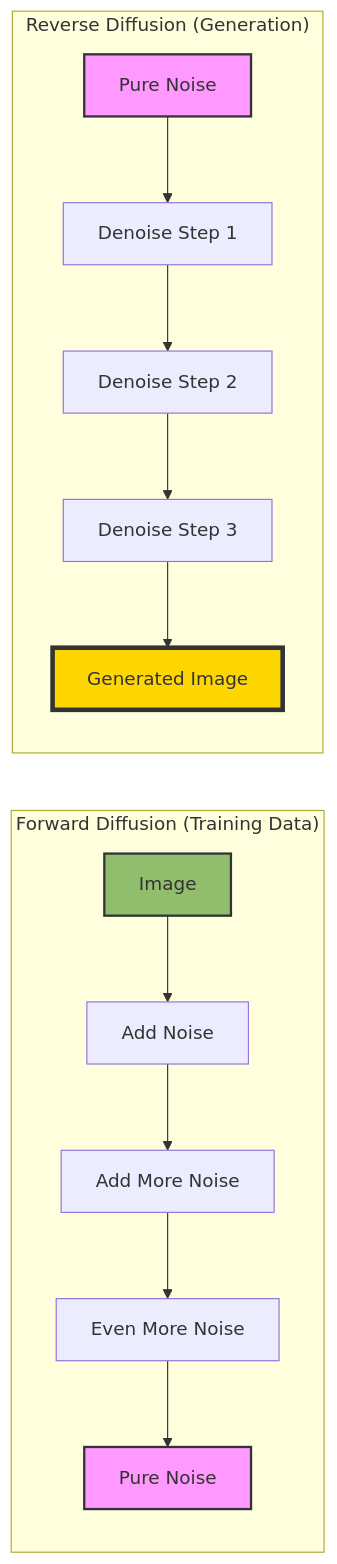
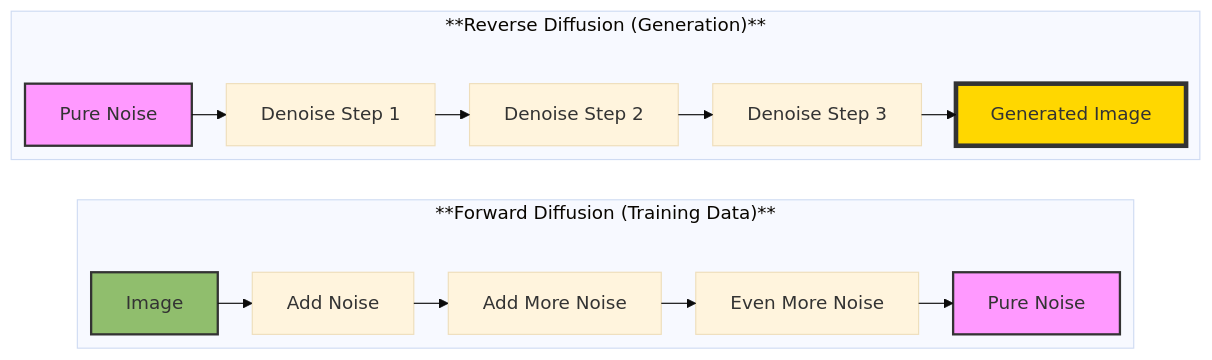
One commit to Vineet-Sharma-Medium-Stories/Medium-Build-Tool changed the first of 4 diagrams in The 2026 AI Metromap/The 2026 AI Metromap: Diffusion Models – The Scenic Route to Generative AI.md. Above: the diagram before and after it, drawn with Mermaid. The commit also changed other lines of this file and 37 other files, not shown here.

````diff
--- a/The 2026 AI Metromap/The 2026 AI Metromap: Diffusion Models – The Scenic Route to Generative AI.md
+++ b/The 2026 AI Metromap/The 2026 AI Metromap: Diffusion Models – The Scenic Route to Generative AI.md
@@ -61,21 +61,26 @@
 ```mermaid
+---
+config:
+  theme: base
+  layout: elk
+---
 graph LR
-    subgraph "Forward Diffusion (Training Data)"
+    subgraph "**Forward Diffusion (Training Data)**"
         I[Image] --> N1[Add Noise]
         N1 --> N2[Add More Noise]
         N2 --> N3[Even More Noise]
         N3 --> P[Pure Noise]
     end
     
-    subgraph "Reverse Diffusion (Generation)"
+    subgraph "**Reverse Diffusion (Generation)**"
         P2[Pure Noise] --> D1[Denoise Step 1]
         D1 --> D2[Denoise Step 2]
         D2 --> D3[Denoise Step 3]
         D3 --> I2[Generated Image]
     end
     
     style I fill:#90be6d,stroke:#333,stroke-width:2px
     style P fill:#f9f,stroke:#333,stroke-width:2px
     style P2 fill:#f9f,stroke:#333,stroke-width:2px
     style I2 fill:#ffd700,stroke:#333,stroke-width:4px
 ```
````
